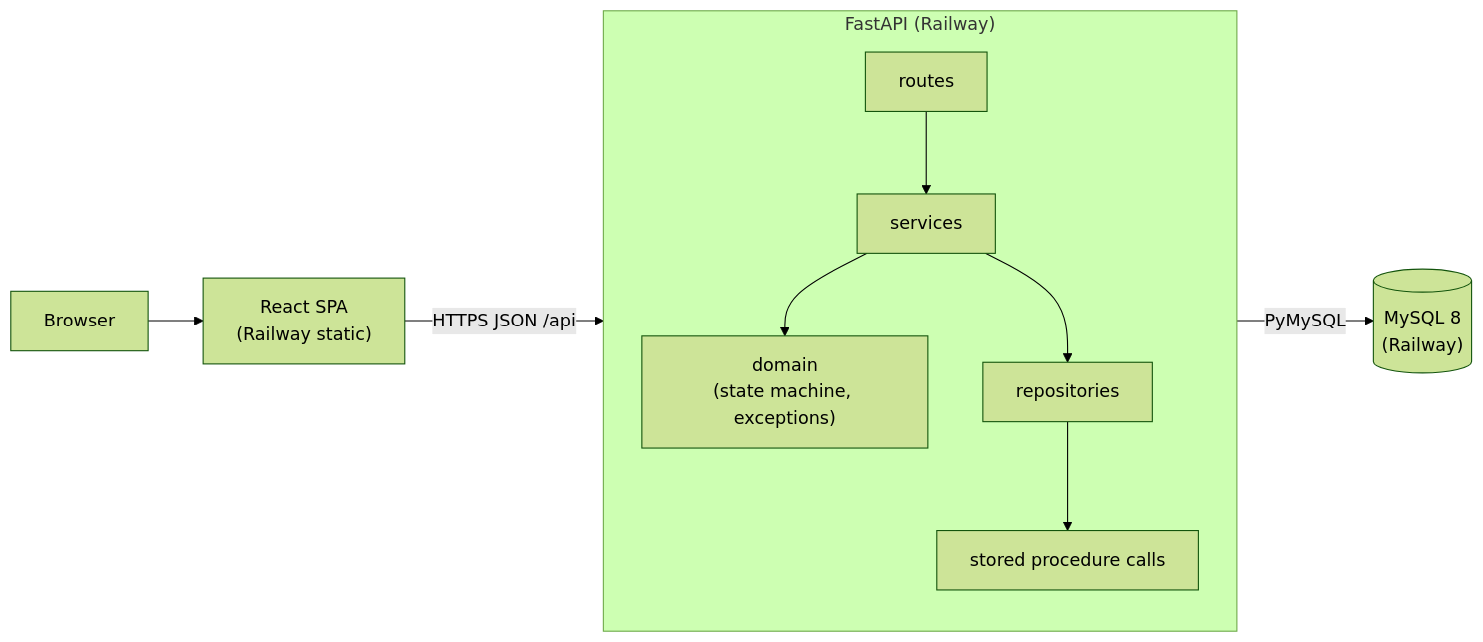
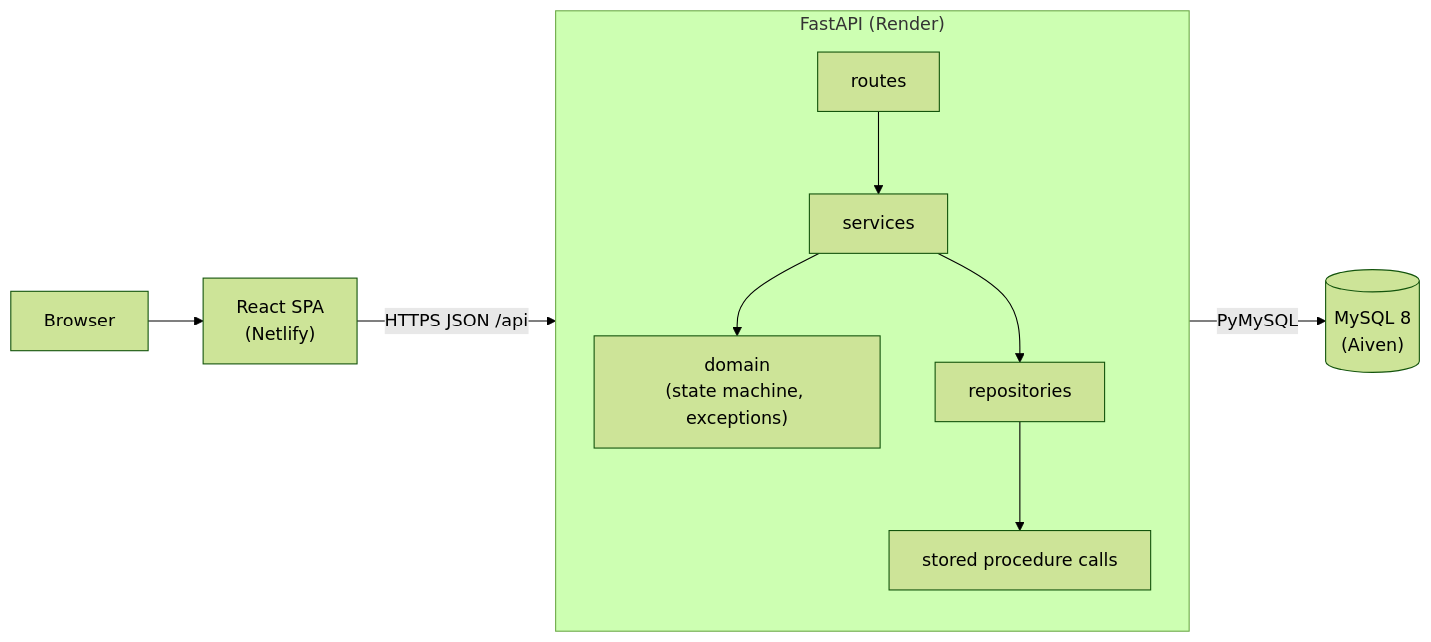
The diagram in docs/architecture.md (MaxWolts/reto-tecnico-fractal-soluciones), drawn with Mermaid (forest theme) before and after one commit. The commit also changed other lines of this file and 2 other files, not shown here.

Commit message:
📝 add free tier deploy guide

````diff
--- a/docs/architecture.md
+++ b/docs/architecture.md
@@ -3,15 +3,15 @@
 ```mermaid
 flowchart LR
-    B["Browser"] --> SPA["React SPA<br/>(Railway static)"]
+    B["Browser"] --> SPA["React SPA<br/>(Netlify)"]
     SPA -->|"HTTPS JSON /api"| API
 
-    subgraph API["FastAPI (Railway)"]
+    subgraph API["FastAPI (Render)"]
         direction TB
         R["routes"] --> S["services"]
         S --> D["domain<br/>(state machine, exceptions)"]
         S --> RE["repositories"]
         RE --> SP["stored procedure calls"]
     end
 
-    SP -->|"PyMySQL"| DB[("MySQL 8<br/>(Railway)")]
+    SP -->|"PyMySQL"| DB[("MySQL 8<br/>(Aiven)")]
 ```
````
